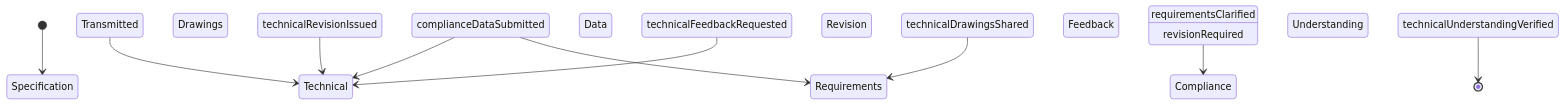
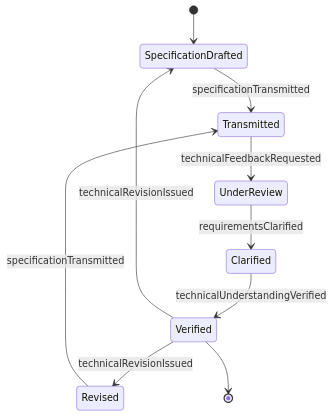
The second of 4 diagrams in CommunicatingWithSupervisorsPeersOrSubordinates/CoordinateActivitiesWithClientsAgenciesOrOrganizations/CommunicateTechnicalInformationSuppliersContractor.mdx (dot-org-ai/tasks.org.ai), drawn with Mermaid before and after one commit. The commit also changed other lines of this file and 515 other files, not shown here.

````diff
--- a/CommunicatingWithSupervisorsPeersOrSubordinates/CoordinateActivitiesWithClientsAgenciesOrOrganizations/CommunicateTechnicalInformationSuppliersContractor.mdx
+++ b/CommunicatingWithSupervisorsPeersOrSubordinates/CoordinateActivitiesWithClientsAgenciesOrOrganizations/CommunicateTechnicalInformationSuppliersContractor.mdx
@@ -100,12 +100,12 @@
 ```mermaid
 stateDiagram-v2
-    [*] --> Specification Transmitted
-    Specification Transmitted --> Technical Drawings Shared : technicalDrawingsShared
-    Technical Drawings Shared --> Requirements Clarified : requirementsClarified
-    Requirements Clarified --> Compliance Data Submitted : complianceDataSubmitted
-    Compliance Data Submitted --> Technical Revision Issued : technicalRevisionIssued
-    Technical Revision Issued --> Technical Feedback Requested : technicalFeedbackRequested
-    Technical Feedback Requested --> Technical Understanding Verified : technicalUnderstandingVerified
-    Compliance Data Submitted --> Requirements Clarified : revisionRequired
-    Technical Understanding Verified --> [*]
+    [*] --> SpecificationDrafted
+    SpecificationDrafted --> Transmitted : specificationTransmitted
+    Transmitted --> UnderReview : technicalFeedbackRequested
+    UnderReview --> Clarified : requirementsClarified
+    Clarified --> Verified : technicalUnderstandingVerified
+    Verified --> Revised : technicalRevisionIssued
+    Revised --> Transmitted : specificationTransmitted
+    Verified --> SpecificationDrafted : technicalRevisionIssued
+    Verified --> [*]
 ```
````
